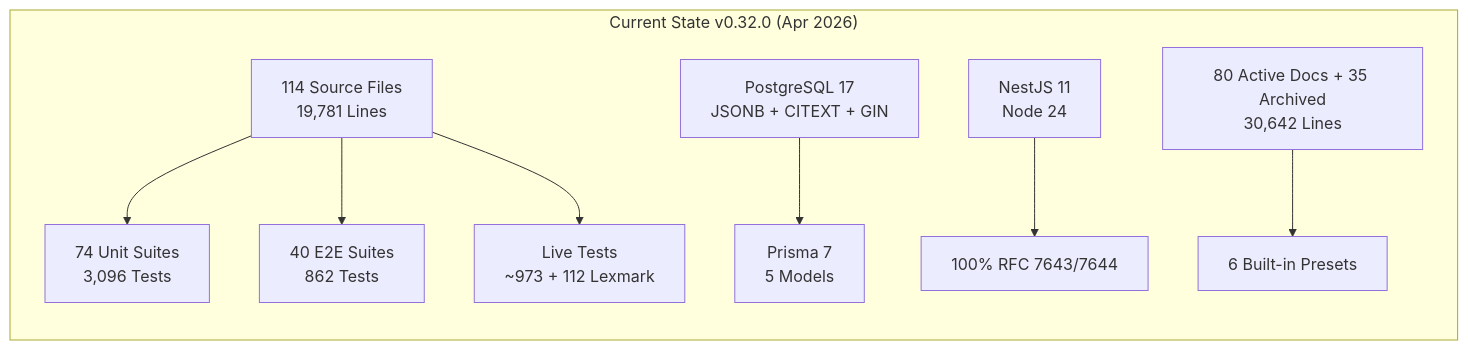
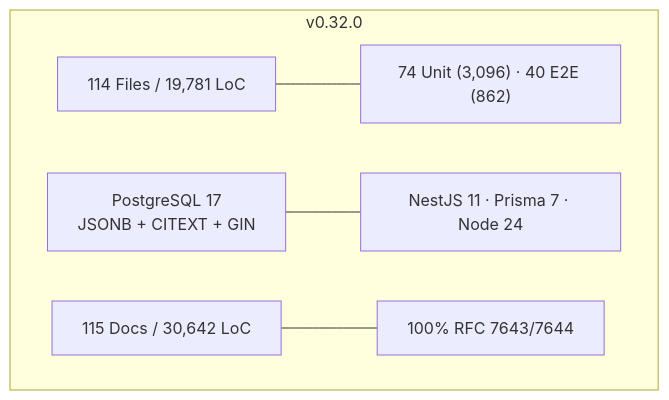
One commit to pranems/SCIMServer changed the second of 8 diagrams in docs/CASE_STUDY_AI_ASSISTED_DEVELOPMENT.md. Above: the diagram before and after it, drawn with Mermaid. The commit also changed other lines of this file, not shown here.

````diff
--- a/docs/CASE_STUDY_AI_ASSISTED_DEVELOPMENT.md
+++ b/docs/CASE_STUDY_AI_ASSISTED_DEVELOPMENT.md
@@ -110,12 +91,8 @@
 ```mermaid
 graph TB
-    subgraph "Current State v0.32.0 (Apr 2026)"
-        direction TB
-        A["114 Source Files<br/>19,781 Lines"] --> B["74 Unit Suites<br/>3,096 Tests"]
-        A --> C["40 E2E Suites<br/>862 Tests"]
-        A --> D["Live Tests<br/>~973 + 112 Lexmark"]
-        E["PostgreSQL 17<br/>JSONB + CITEXT + GIN"] --> F["Prisma 7<br/>5 Models"]
-        G["NestJS 11<br/>Node 24"] --> H["100% RFC 7643/7644"]
-        I["80 Active Docs + 35 Archived<br/>30,642 Lines"] --> J["6 Built-in Presets"]
+    subgraph "v0.32.0"
+        A["114 Files / 19,781 LoC"] --- B["74 Unit (3,096) · 40 E2E (862)"]
+        C["PostgreSQL 17<br/>JSONB + CITEXT + GIN"] --- D["NestJS 11 · Prisma 7 · Node 24"]
+        E["115 Docs / 30,642 LoC"] --- F["100% RFC 7643/7644"]
     end
 ```
````
